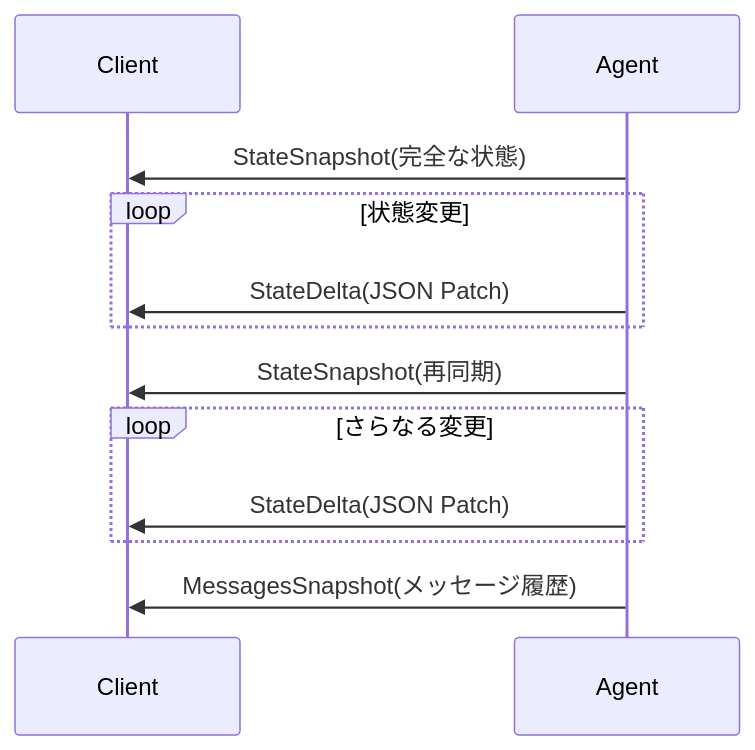
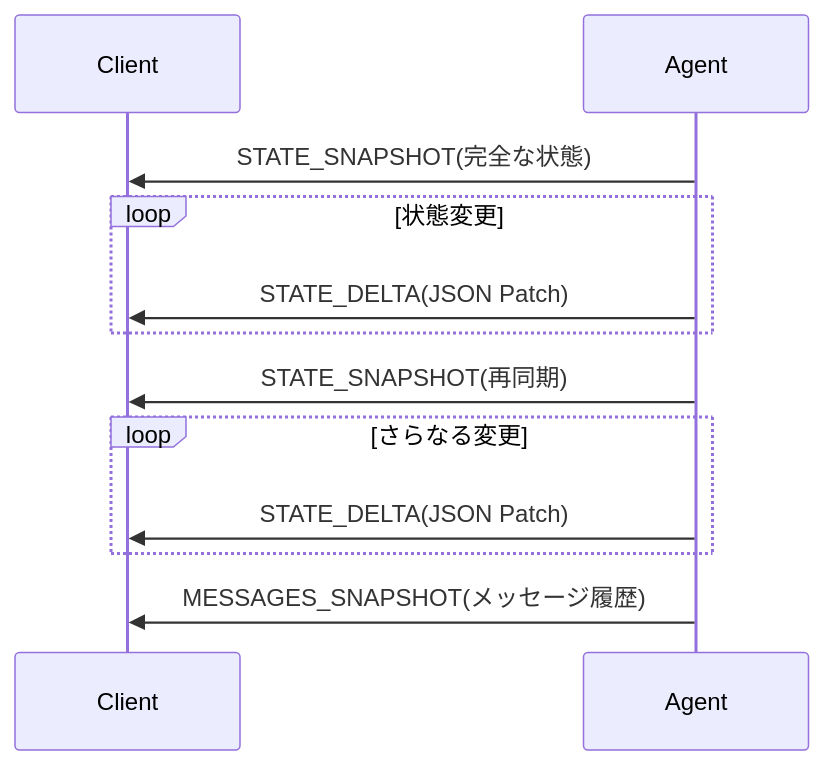
One commit to yoichiozaki/yoichiozaki.github.io changed the seventh of 12 diagrams in content/blog/ja/ag-ui-protocol.mdx. Above: the diagram before and after it, drawn with Mermaid. The commit also changed other lines of this file and 88 other files, not shown here.

````diff
--- a/content/blog/ja/ag-ui-protocol.mdx
+++ b/content/blog/ja/ag-ui-protocol.mdx
@@ -297,14 +302,14 @@
 ```mermaid
 sequenceDiagram
     participant C as Client
     participant A as Agent
-    A->>C: StateSnapshot(完全な状態)
+    A->>C: STATE_SNAPSHOT(完全な状態)
     loop 状態変更
-        A->>C: StateDelta(JSON Patch)
+        A->>C: STATE_DELTA(JSON Patch)
     end
-    A->>C: StateSnapshot(再同期)
+    A->>C: STATE_SNAPSHOT(再同期)
     loop さらなる変更
-        A->>C: StateDelta(JSON Patch)
+        A->>C: STATE_DELTA(JSON Patch)
     end
-    A->>C: MessagesSnapshot(メッセージ履歴)
+    A->>C: MESSAGES_SNAPSHOT(メッセージ履歴)
 ```
````
